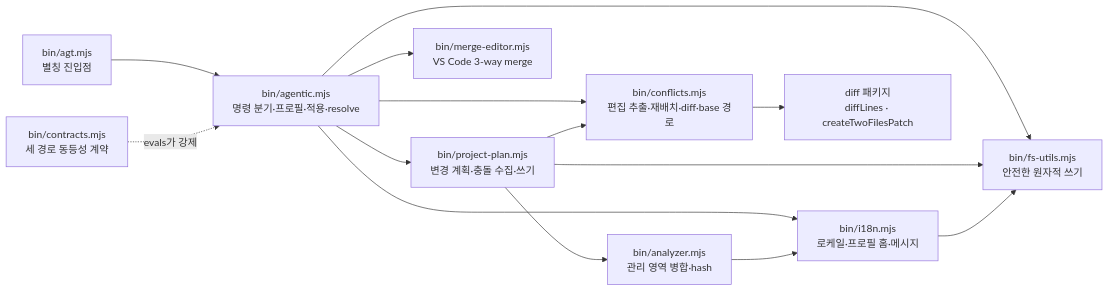
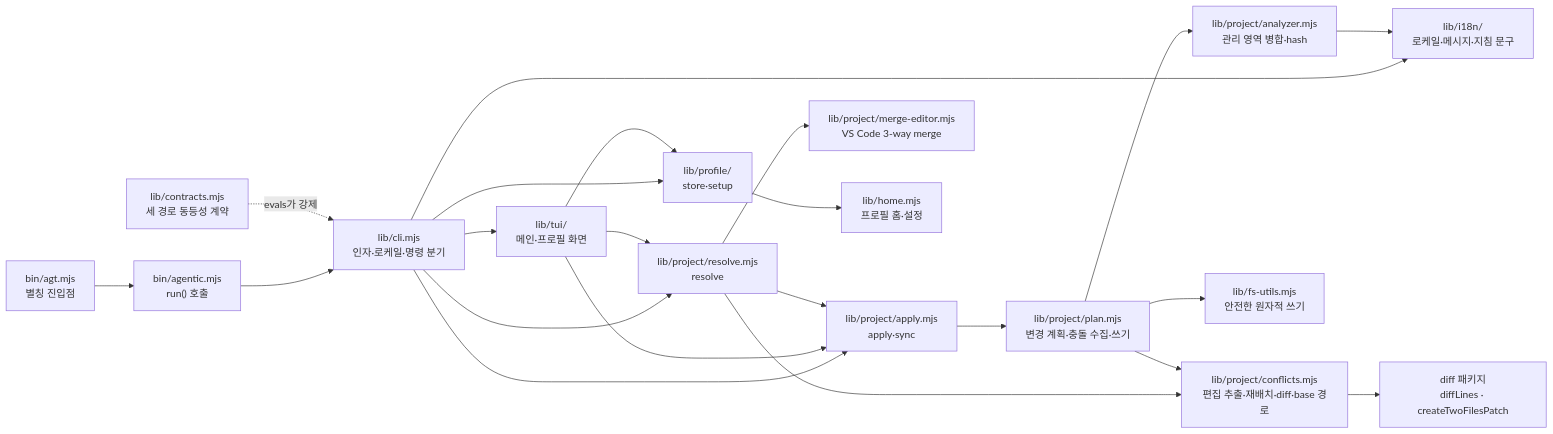
One commit to IsthisLee/agent-context-manager changed the first of 8 diagrams in docs/architecture/implementation-mechanics.md. Above: the diagram before and after it, drawn with Mermaid. The commit also changed other lines of this file and 39 other files, not shown here.

First line of the commit message:
refactor: CLI 로직을 bin/에서 lib/ 모듈로 나눈다

````diff
--- a/docs/architecture/implementation-mechanics.md
+++ b/docs/architecture/implementation-mechanics.md
@@ -22,16 +22,24 @@
 ```mermaid
 flowchart LR
-  agt["bin/agt.mjs<br/>별칭 진입점"] --> core["bin/agentic.mjs<br/>명령 분기·프로필·적용·resolve"]
-  core --> plan["bin/project-plan.mjs<br/>변경 계획·충돌 수집·쓰기"]
-  core --> conflicts["bin/conflicts.mjs<br/>편집 추출·재배치·diff·base 경로"]
-  core --> merge["bin/merge-editor.mjs<br/>VS Code 3-way merge"]
-  core --> fsutils["bin/fs-utils.mjs<br/>안전한 원자적 쓰기"]
-  core --> i18n["bin/i18n.mjs<br/>로케일·프로필 홈·메시지"]
-  plan --> analyzer["bin/analyzer.mjs<br/>관리 영역 병합·hash"]
+  agt["bin/agt.mjs<br/>별칭 진입점"] --> entry["bin/agentic.mjs<br/>run() 호출"]
+  entry --> cli["lib/cli.mjs<br/>인자·로케일·명령 분기"]
+  cli --> tui["lib/tui/<br/>메인·프로필 화면"]
+  cli --> store["lib/profile/<br/>store·setup"]
+  cli --> apply["lib/project/apply.mjs<br/>apply·sync"]
+  cli --> resolve["lib/project/resolve.mjs<br/>resolve"]
+  tui --> store
+  tui --> apply
+  tui --> resolve
+  resolve --> apply
+  apply --> plan["lib/project/plan.mjs<br/>변경 계획·충돌 수집·쓰기"]
+  resolve --> merge["lib/project/merge-editor.mjs<br/>VS Code 3-way merge"]
+  resolve --> conflicts["lib/project/conflicts.mjs<br/>편집 추출·재배치·diff·base 경로"]
+  plan --> analyzer["lib/project/analyzer.mjs<br/>관리 영역 병합·hash"]
   plan --> conflicts
-  plan --> fsutils
+  plan --> fsutils["lib/fs-utils.mjs<br/>안전한 원자적 쓰기"]
+  store --> home["lib/home.mjs<br/>프로필 홈·설정"]
+  cli --> i18n["lib/i18n/<br/>로케일·메시지·지침 문구"]
+  analyzer --> i18n
   conflicts --> jsdiff["diff 패키지<br/>diffLines · createTwoFilesPatch"]
-  analyzer --> i18n
-  i18n --> fsutils
-  contracts["bin/contracts.mjs<br/>세 경로 동등성 계약"] -.->|"evals가 강제"| core
+  contracts["lib/contracts.mjs<br/>세 경로 동등성 계약"] -.->|"evals가 강제"| cli
 ```
````
